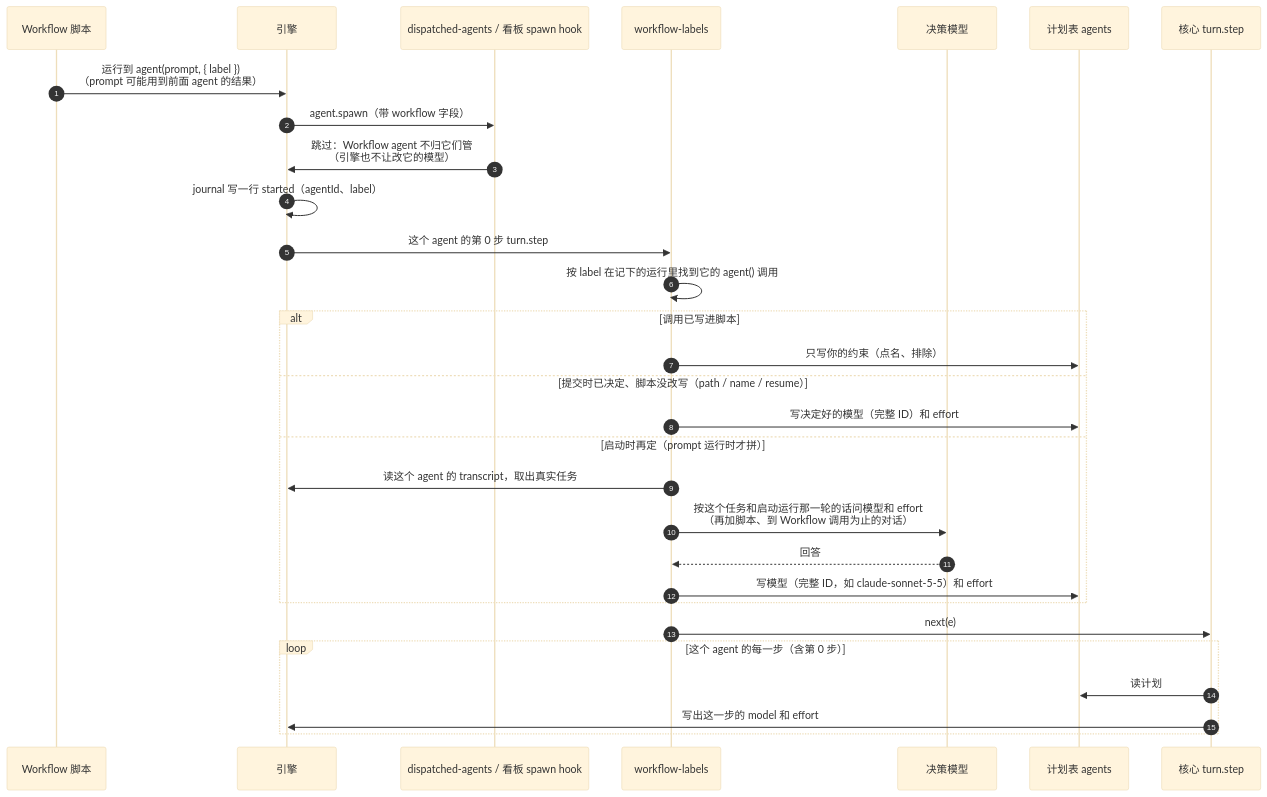
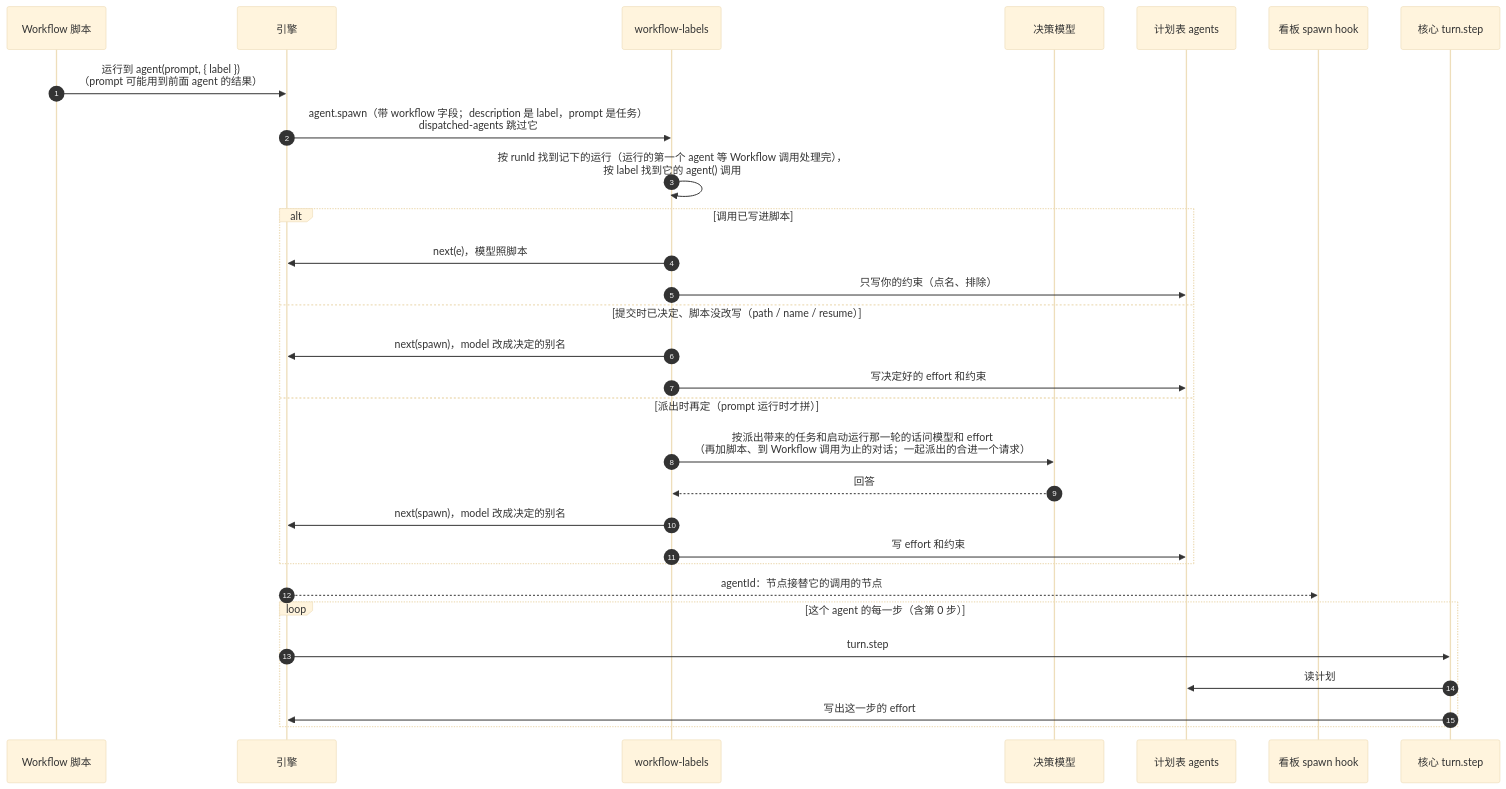
The fourth of 6 diagrams in docs/dispatch-pilot-routing.md (alexcz-a11y/claude-mods), drawn with Mermaid (base theme) before and after one commit. The commit also changed other lines of this file and 35 other files, not shown here.

First line of the commit message:
dispatch-pilot 0.7.0: route workflow agents at agent.spawn, prompt hint, pane view jump

````diff
--- a/docs/dispatch-pilot-routing.md
+++ b/docs/dispatch-pilot-routing.md
@@ -114,33 +114,33 @@
 ```mermaid
 sequenceDiagram
     autonumber
     participant S as Workflow 脚本
     participant E as 引擎
-    participant D as dispatched-agents / 看板 spawn hook
     participant L as workflow-labels
     participant J as 决策模型
     participant P as 计划表 agents
+    participant B as 看板 spawn hook
     participant C as 核心 turn.step
 
     S->>E: 运行到 agent(prompt, { label })<br/>（prompt 可能用到前面 agent 的结果）
-    E->>D: agent.spawn（带 workflow 字段）
-    D->>E: 跳过：Workflow agent 不归它们管<br/>（引擎也不让改它的模型）
-    E->>E: journal 写一行 started（agentId、label）
-    E->>L: 这个 agent 的第 0 步 turn.step
-    L->>L: 按 label 在记下的运行里找到它的 agent() 调用
+    E->>L: agent.spawn（带 workflow 字段；description 是 label，prompt 是任务）<br/>dispatched-agents 跳过它
+    L->>L: 按 runId 找到记下的运行（运行的第一个 agent 等 Workflow 调用处理完），<br/>按 label 找到它的 agent() 调用
     alt 调用已写进脚本
+        L->>E: next(e)，模型照脚本
         L->>P: 只写你的约束（点名、排除）
     else 提交时已决定、脚本没改写（path / name / resume）
-        L->>P: 写决定好的模型（完整 ID）和 effort
-    else 启动时再定（prompt 运行时才拼）
-        L->>E: 读这个 agent 的 transcript，取出真实任务
-        L->>J: 按这个任务和启动运行那一轮的话问模型和 effort<br/>（再加脚本、到 Workflow 调用为止的对话）
+        L->>E: next(spawn)，model 改成决定的别名
+        L->>P: 写决定好的 effort 和约束
+    else 派出时再定（prompt 运行时才拼）
+        L->>J: 按派出带来的任务和启动运行那一轮的话问模型和 effort<br/>（再加脚本、到 Workflow 调用为止的对话；一起派出的合进一个请求）
         J-->>L: 回答
-        L->>P: 写模型（完整 ID，如 claude-sonnet-5-5）和 effort
+        L->>E: next(spawn)，model 改成决定的别名
+        L->>P: 写 effort 和约束
     end
-    L->>C: next(e)
+    E-->>B: agentId：节点接替它的调用的节点
     loop 这个 agent 的每一步（含第 0 步）
+        E->>C: turn.step
         C->>P: 读计划
-        C->>E: 写出这一步的 model 和 effort
+        C->>E: 写出这一步的 effort
     end
 ```
````
